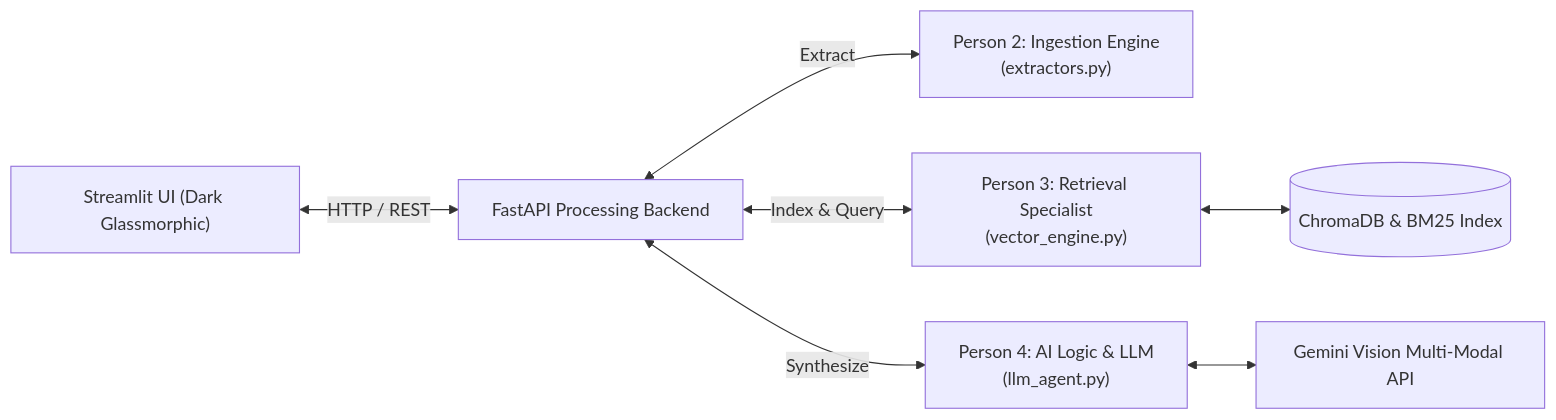
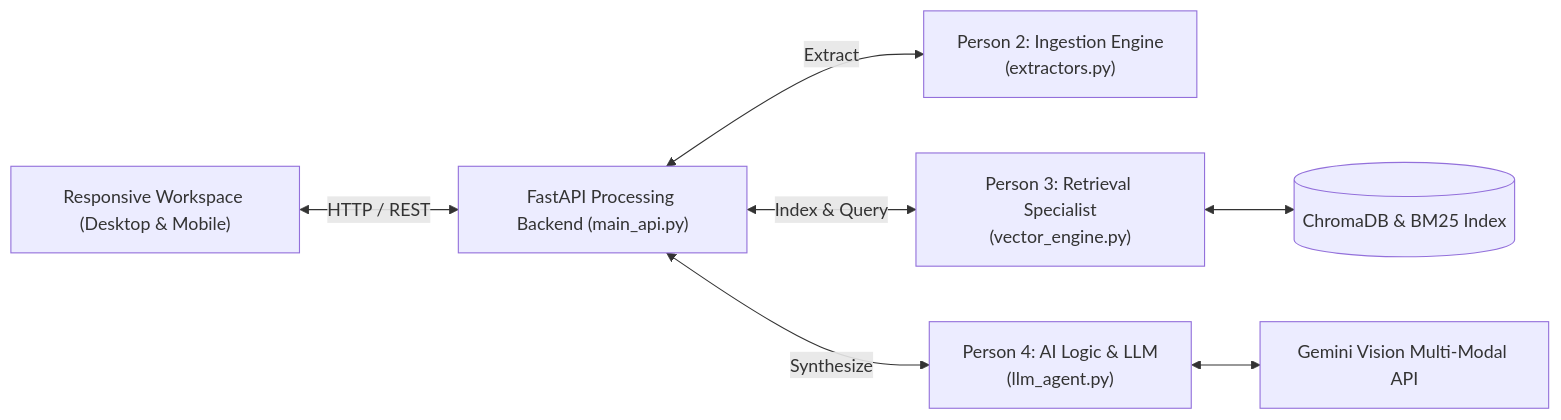
One commit to Astroidkiller/Synthexis changed the diagram in README.md. Above: the diagram before and after it, drawn with Mermaid. The commit also changed other lines of this file, not shown here.

Commit message:
docs: add comprehensive running instructions for desktop and mobile preview

````diff
--- a/README.md
+++ b/README.md
@@ -11,9 +11,9 @@
 ```mermaid
 graph LR
-    UI["Streamlit UI (Dark Glassmorphic)"] <-->|HTTP / REST| API["FastAPI Processing Backend"]
+    UI["Responsive Workspace (Desktop & Mobile)"] <-->|HTTP / REST| API["FastAPI Processing Backend (main_api.py)"]
     API <-->|Extract| ENG2["Person 2: Ingestion Engine<br/>(extractors.py)"]
     API <-->|Index & Query| ENG3["Person 3: Retrieval Specialist<br/>(vector_engine.py)"]
     API <-->|Synthesize| ENG4["Person 4: AI Logic & LLM<br/>(llm_agent.py)"]
     ENG3 <--> VDB[("ChromaDB & BM25 Index")]
     ENG4 <--> LLM["Gemini Vision Multi-Modal API"]
 ```
````
